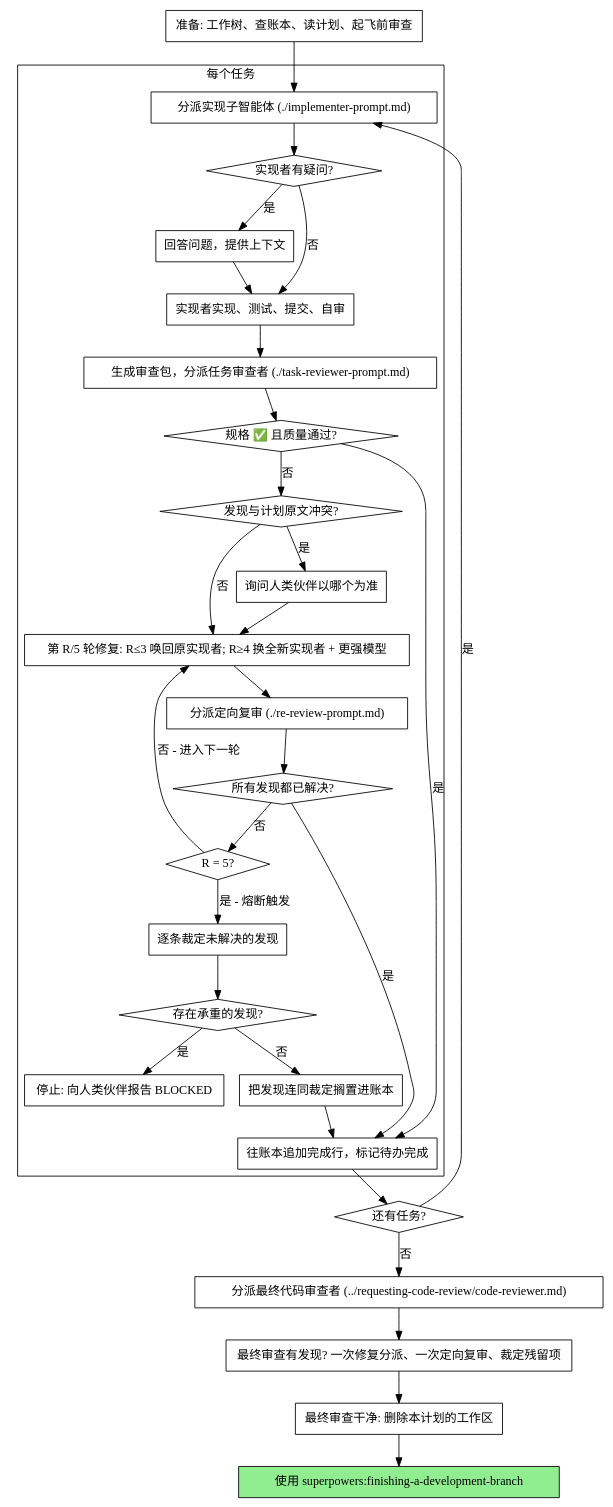
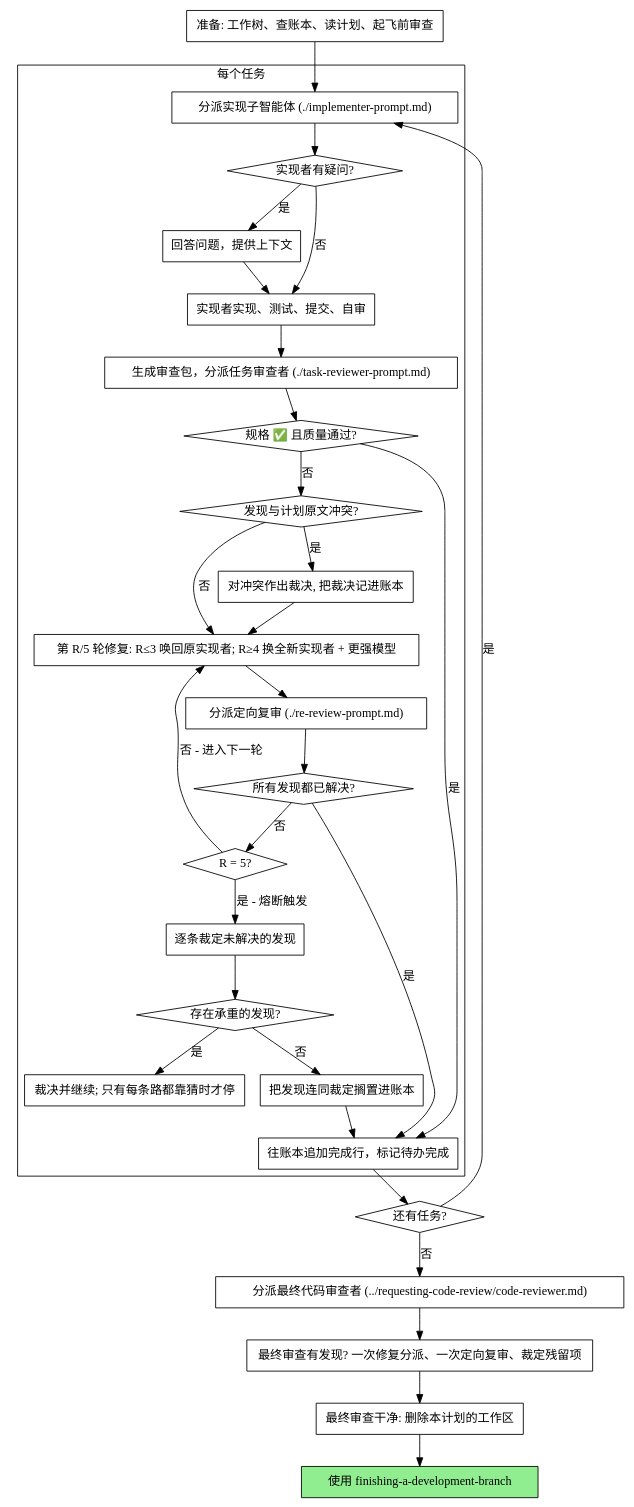
Before and after one commit to qqlishili/my-skills: the second of 2 diagrams in subagent-driven-development/SKILL.md, drawn with Graphviz. The commit also changed other lines of this file and 39 other files, not shown here.

````diff
--- a/subagent-driven-development/SKILL.md
+++ b/subagent-driven-development/SKILL.md
@@ -51,62 +55,62 @@
 ```dot
 digraph process {
     rankdir=TB;
 
     subgraph cluster_per_task {
         label="每个任务";
         "分派实现子智能体 (./implementer-prompt.md)" [shape=box];
         "实现者有疑问?" [shape=diamond];
         "回答问题，提供上下文" [shape=box];
         "实现者实现、测试、提交、自审" [shape=box];
         "生成审查包，分派任务审查者 (./task-reviewer-prompt.md)" [shape=box];
         "规格 ✅ 且质量通过?" [shape=diamond];
         "发现与计划原文冲突?" [shape=diamond];
-        "询问人类伙伴以哪个为准" [shape=box];
+        "对冲突作出裁决, 把裁决记进账本" [shape=box];
         "第 R/5 轮修复: R≤3 唤回原实现者; R≥4 换全新实现者 + 更强模型" [shape=box];
         "分派定向复审 (./re-review-prompt.md)" [shape=box];
         "所有发现都已解决?" [shape=diamond];
         "R = 5?" [shape=diamond];
         "逐条裁定未解决的发现" [shape=box];
         "存在承重的发现?" [shape=diamond];
-        "停止: 向人类伙伴报告 BLOCKED" [shape=box];
+        "裁决并继续; 只有每条路都靠猜时才停" [shape=box];
         "把发现连同裁定搁置进账本" [shape=box];
         "往账本追加完成行，标记待办完成" [shape=box];
     }
 
     "准备: 工作树、查账本、读计划、起飞前审查" [shape=box];
     "还有任务?" [shape=diamond];
     "分派最终代码审查者 (../requesting-code-review/code-reviewer.md)" [shape=box];
     "最终审查有发现? 一次修复分派、一次定向复审、裁定残留项" [shape=box];
     "最终审查干净: 删除本计划的工作区" [shape=box];
-    "使用 superpowers:finishing-a-development-branch" [shape=box style=filled fillcolor=lightgreen];
+    "使用 finishing-a-development-branch" [shape=box style=filled fillcolor=lightgreen];
 
     "准备: 工作树、查账本、读计划、起飞前审查" -> "分派实现子智能体 (./implementer-prompt.md)";
     "分派实现子智能体 (./implementer-prompt.md)" -> "实现者有疑问?";
     "实现者有疑问?" -> "回答问题，提供上下文" [label="是"];
     "回答问题，提供上下文" -> "实现者实现、测试、提交、自审";
     "实现者有疑问?" -> "实现者实现、测试、提交、自审" [label="否"];
     "实现者实现、测试、提交、自审" -> "生成审查包，分派任务审查者 (./task-reviewer-prompt.md)";
     "生成审查包，分派任务审查者 (./task-reviewer-prompt.md)" -> "规格 ✅ 且质量通过?";
     "规格 ✅ 且质量通过?" -> "往账本追加完成行，标记待办完成" [label="是"];
     "规格 ✅ 且质量通过?" -> "发现与计划原文冲突?" [label="否"];
-    "发现与计划原文冲突?" -> "询问人类伙伴以哪个为准" [label="是"];
-    "询问人类伙伴以哪个为准" -> "第 R/5 轮修复: R≤3 唤回原实现者; R≥4 换全新实现者 + 更强模型";
+    "发现与计划原文冲突?" -> "对冲突作出裁决, 把裁决记进账本" [label="是"];
+    "对冲突作出裁决, 把裁决记进账本" -> "第 R/5 轮修复: R≤3 唤回原实现者; R≥4 换全新实现者 + 更强模型";
     "发现与计划原文冲突?" -> "第 R/5 轮修复: R≤3 唤回原实现者; R≥4 换全新实现者 + 更强模型" [label="否"];
     "第 R/5 轮修复: R≤3 唤回原实现者; R≥4 换全新实现者 + 更强模型" -> "分派定向复审 (./re-review-prompt.md)";
     "分派定向复审 (./re-review-prompt.md)" -> "所有发现都已解决?";
     "所有发现都已解决?" -> "往账本追加完成行，标记待办完成" [label="是"];
     "所有发现都已解决?" -> "R = 5?" [label="否"];
     "R = 5?" -> "第 R/5 轮修复: R≤3 唤回原实现者; R≥4 换全新实现者 + 更强模型" [label="否 - 进入下一轮"];
     "R = 5?" -> "逐条裁定未解决的发现" [label="是 - 熔断触发"];
     "逐条裁定未解决的发现" -> "存在承重的发现?";
-    "存在承重的发现?" -> "停止: 向人类伙伴报告 BLOCKED" [label="是"];
+    "存在承重的发现?" -> "裁决并继续; 只有每条路都靠猜时才停" [label="是"];
     "存在承重的发现?" -> "把发现连同裁定搁置进账本" [label="否"];
     "把发现连同裁定搁置进账本" -> "往账本追加完成行，标记待办完成";
     "往账本追加完成行，标记待办完成" -> "还有任务?";
     "还有任务?" -> "分派实现子智能体 (./implementer-prompt.md)" [label="是"];
     "还有任务?" -> "分派最终代码审查者 (../requesting-code-review/code-reviewer.md)" [label="否"];
     "分派最终代码审查者 (../requesting-code-review/code-reviewer.md)" -> "最终审查有发现? 一次修复分派、一次定向复审、裁定残留项";
     "最终审查有发现? 一次修复分派、一次定向复审、裁定残留项" -> "最终审查干净: 删除本计划的工作区";
-    "最终审查干净: 删除本计划的工作区" -> "使用 superpowers:finishing-a-development-branch";
+    "最终审查干净: 删除本计划的工作区" -> "使用 finishing-a-development-branch";
 }
 ```
````
